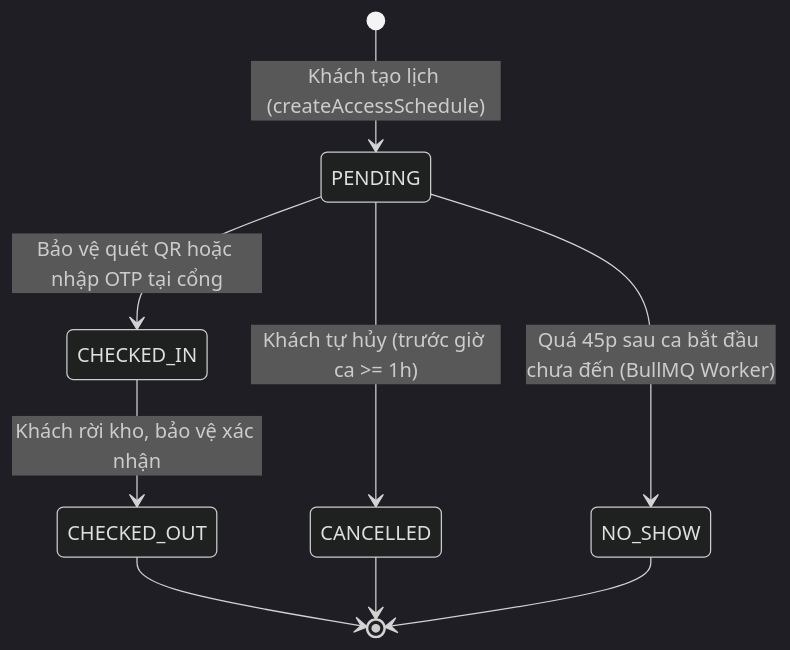
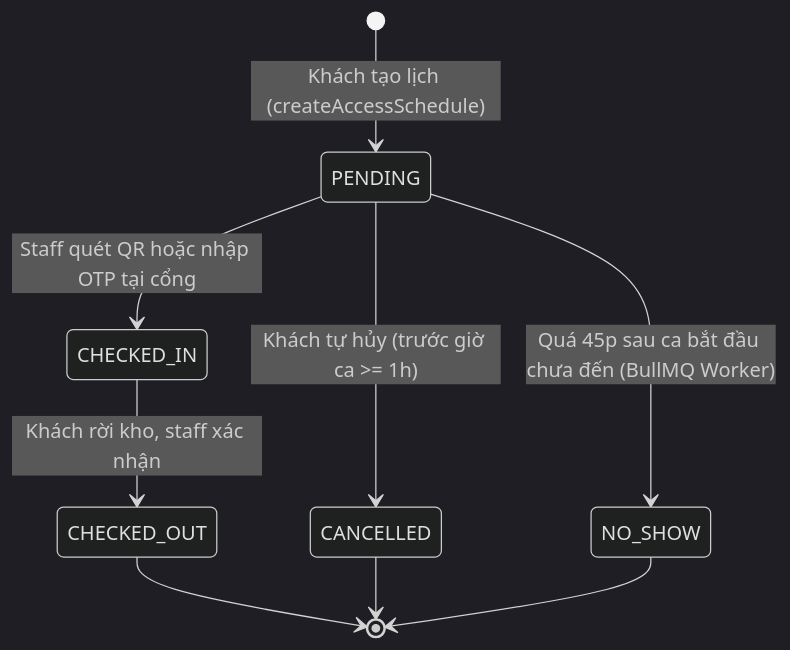
Before and after one commit to LeVanThai-Working/self-storage-system-be: the first of 4 diagrams in docs/LATEST_MODULES_WORKFLOW_AND_ARCHITECTURE.md, drawn with Mermaid (dark theme). The commit also changed 40 other files, not shown here.

````diff
--- a/docs/LATEST_MODULES_WORKFLOW_AND_ARCHITECTURE.md
+++ b/docs/LATEST_MODULES_WORKFLOW_AND_ARCHITECTURE.md
@@ -44,11 +44,11 @@
 ```mermaid
 stateDiagram-v2
     [*] --> PENDING: Khách tạo lịch (createAccessSchedule)
     PENDING --> CANCELLED: Khách tự hủy (trước giờ ca >= 1h)
     PENDING --> NO_SHOW: Quá 45p sau ca bắt đầu chưa đến (BullMQ Worker)
-    PENDING --> CHECKED_IN: Bảo vệ quét QR hoặc nhập OTP tại cổng
-    CHECKED_IN --> CHECKED_OUT: Khách rời kho, bảo vệ xác nhận
+    PENDING --> CHECKED_IN: Staff quét QR hoặc nhập OTP tại cổng
+    CHECKED_IN --> CHECKED_OUT: Khách rời kho, staff xác nhận
     CHECKED_OUT --> [*]
     CANCELLED --> [*]
     NO_SHOW --> [*]
 ```
````
